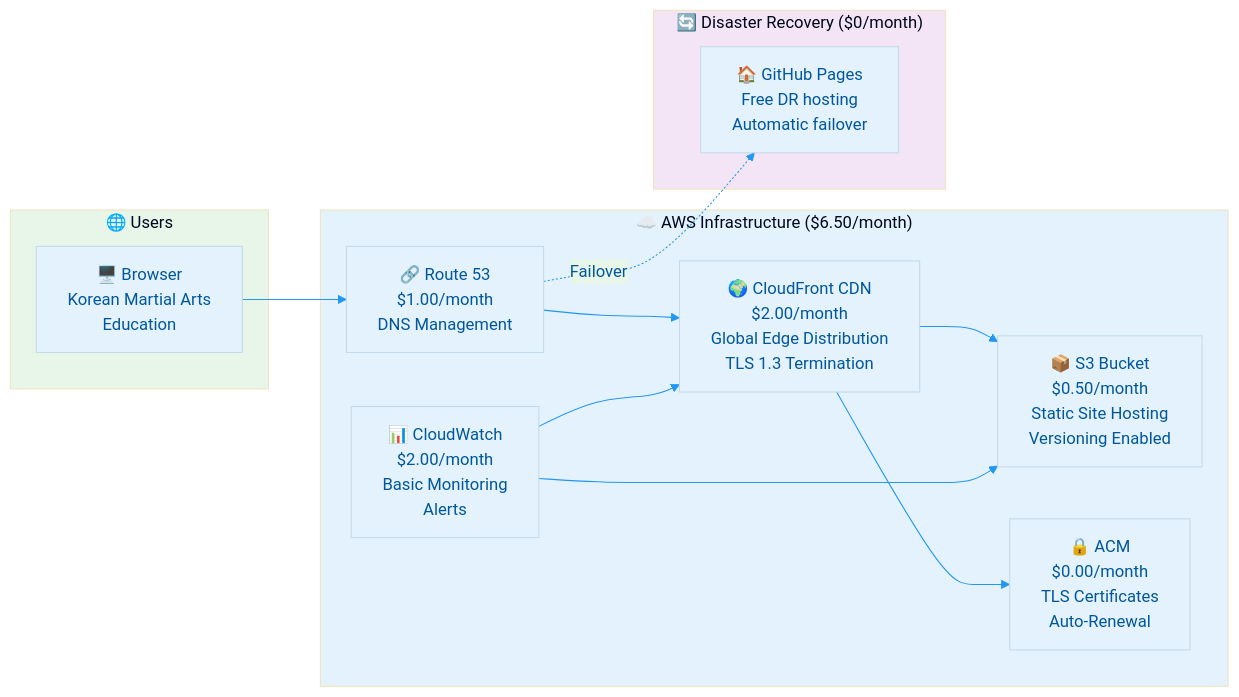
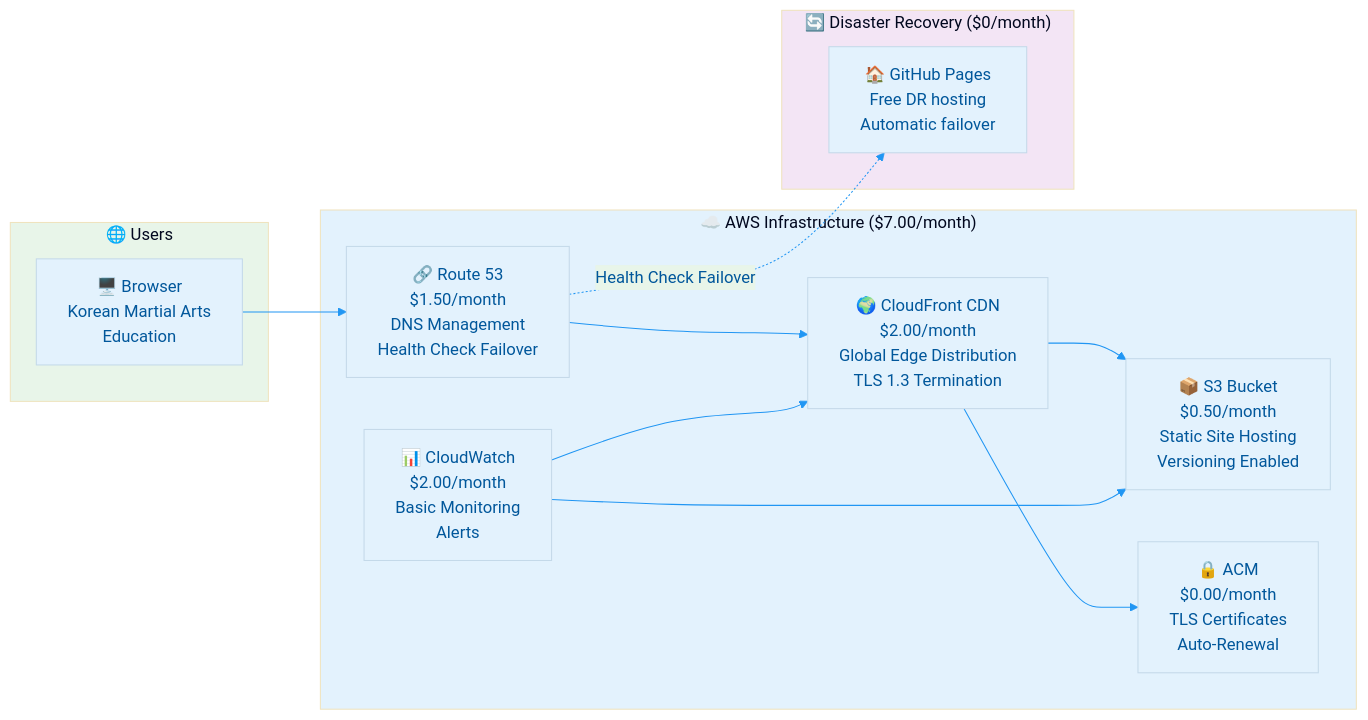
The second of 2 diagrams in FinancialSecurityPlan.md (Hack23/blacktrigram), drawn with Mermaid before and after one commit. The commit also changed other lines of this file and 1 other file, not shown here.

First line of the commit message:
Address round 4 PR review: add Route 53 health check cost, fix Node 24→26 timeline

````diff
--- a/FinancialSecurityPlan.md
+++ b/FinancialSecurityPlan.md
@@ -135,42 +135,42 @@
 ```mermaid
 %%{
   init: {
     'theme': 'base',
     'themeVariables': {
       'primaryColor': '#e3f2fd',
       'primaryTextColor': '#01579b',
       'lineColor': '#2196f3',
       'secondaryColor': '#e8f5e9',
       'tertiaryColor': '#fff8e1'
     }
   }
 }%%
 flowchart LR
     subgraph USERS["🌐 Users"]
         BROWSER["🖥️ Browser<br/>Korean Martial Arts<br/>Education"]
     end
 
-    subgraph AWS["☁️ AWS Infrastructure ($6.50/month)"]
+    subgraph AWS["☁️ AWS Infrastructure ($7.00/month)"]
         CF["🌍 CloudFront CDN<br/>$2.00/month<br/>Global Edge Distribution<br/>TLS 1.3 Termination"]
         S3["📦 S3 Bucket<br/>$0.50/month<br/>Static Site Hosting<br/>Versioning Enabled"]
-        R53["🔗 Route 53<br/>$1.00/month<br/>DNS Management"]
+        R53["🔗 Route 53<br/>$1.50/month<br/>DNS Management<br/>Health Check Failover"]
         CW["📊 CloudWatch<br/>$2.00/month<br/>Basic Monitoring<br/>Alerts"]
         ACM["🔒 ACM<br/>$0.00/month<br/>TLS Certificates<br/>Auto-Renewal"]
     end
 
     subgraph DR["🔄 Disaster Recovery ($0/month)"]
         GHP["🏠 GitHub Pages<br/>Free DR hosting<br/>Automatic failover"]
     end
 
     BROWSER --> R53
     R53 --> CF
     CF --> S3
     CF --> ACM
     CW --> CF
     CW --> S3
-    R53 -.->|Failover| GHP
+    R53 -.->|Health Check Failover| GHP
 
     style AWS fill:#e3f2fd
     style DR fill:#f3e5f5
     style USERS fill:#e8f5e9
 ```
````
